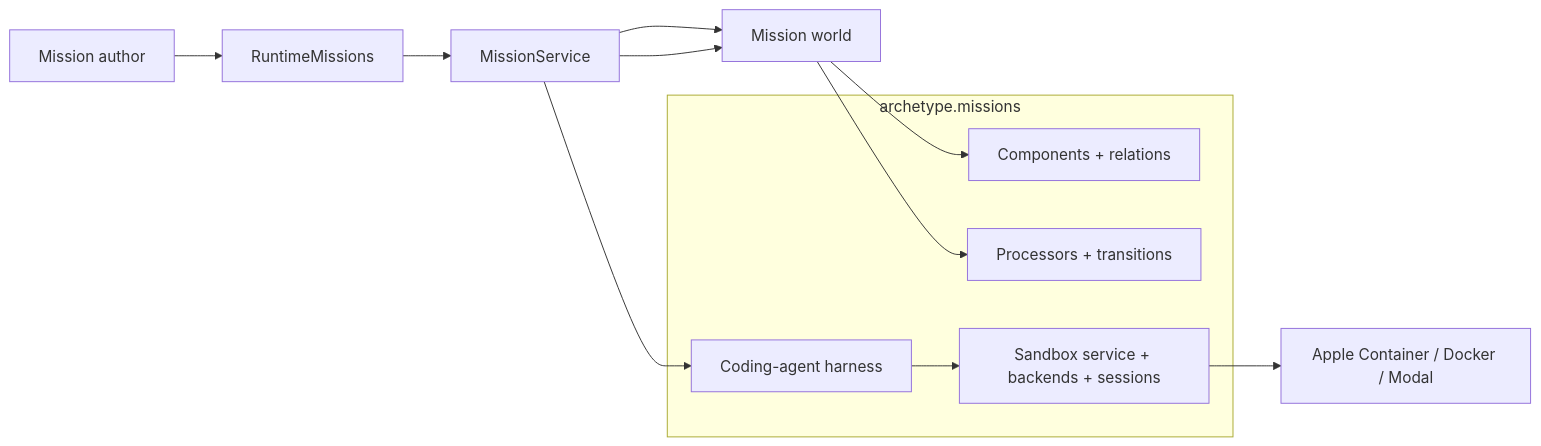
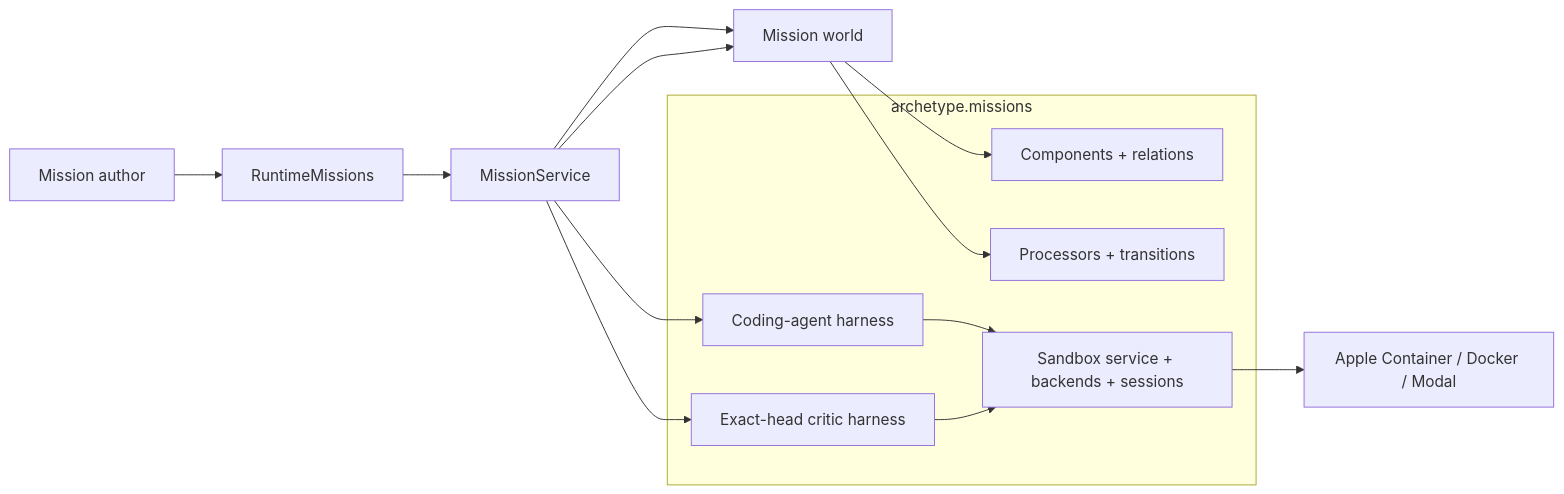
One commit to VangelisTech/archetype changed the first of 3 diagrams in docs/guide/agent-missions.md. Above: the diagram before and after it, drawn with Mermaid. The commit also changed other lines of this file and 23 other files, not shown here.

Commit message:
feat(missions): gate candidates on exact-head critics

````diff
--- a/docs/guide/agent-missions.md
+++ b/docs/guide/agent-missions.md
@@ -154,20 +168,23 @@
 ```mermaid
 flowchart LR
     Author[Mission author] --> Runtime[RuntimeMissions]
     Runtime --> App[MissionService]
     App --> World[Mission world]
 
     subgraph Domain[archetype.missions]
         State[Components + relations]
         Behavior[Processors + transitions]
         Agents[Coding-agent harness]
+        Critics[Exact-head critic harness]
         Sandboxes[Sandbox service + backends + sessions]
     end
 
     World --> State
     World --> Behavior
     App --> Agents
+    App --> Critics
     Agents --> Sandboxes
+    Critics --> Sandboxes
     Sandboxes --> Provider[Apple Container / Docker / Modal]
     App --> World
 ```
````
